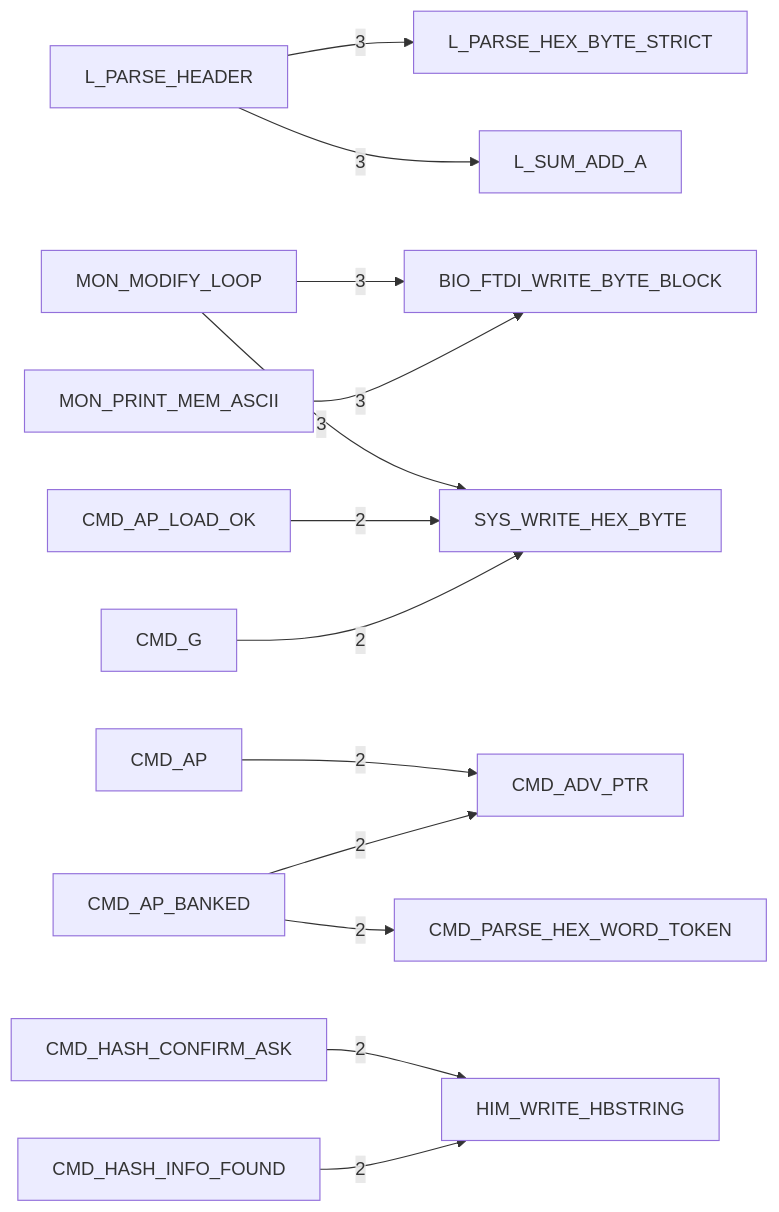
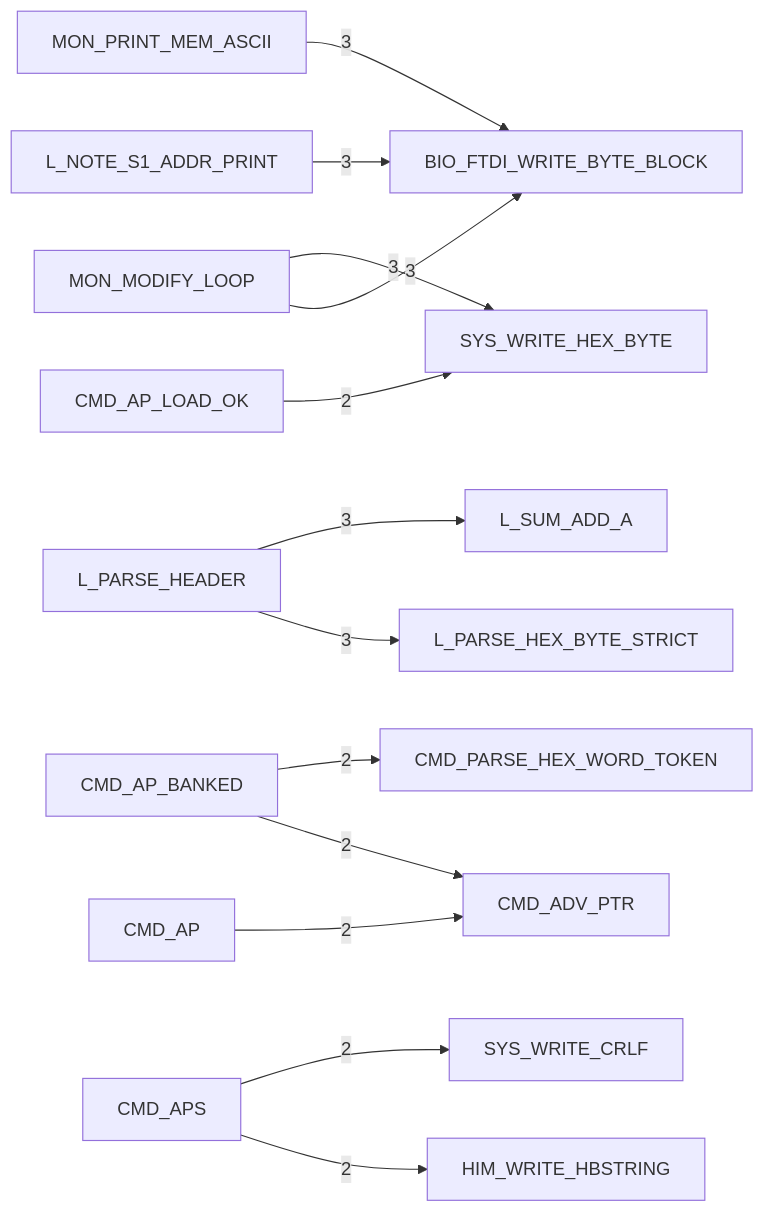
One commit to 95westus/R-YORS changed the third of 6 diagrams in DOC/GENERATED/HIMON_COMMAND_MAP.md. Above: the diagram before and after it, drawn with Mermaid. The commit also changed other lines of this file and 25 other files, not shown here.

````diff
--- a/DOC/GENERATED/HIMON_COMMAND_MAP.md
+++ b/DOC/GENERATED/HIMON_COMMAND_MAP.md
@@ -42,15 +42,15 @@
 ```mermaid
 flowchart LR
+    N_L_NOTE_S1_ADDR_PRINT[L_NOTE_S1_ADDR_PRINT] -->|3| N_BIO_FTDI_WRITE_BYTE_BLOCK[BIO_FTDI_WRITE_BYTE_BLOCK]
     N_L_PARSE_HEADER[L_PARSE_HEADER] -->|3| N_L_PARSE_HEX_BYTE_STRICT[L_PARSE_HEX_BYTE_STRICT]
     N_L_PARSE_HEADER[L_PARSE_HEADER] -->|3| N_L_SUM_ADD_A[L_SUM_ADD_A]
     N_MON_MODIFY_LOOP[MON_MODIFY_LOOP] -->|3| N_BIO_FTDI_WRITE_BYTE_BLOCK[BIO_FTDI_WRITE_BYTE_BLOCK]
     N_MON_MODIFY_LOOP[MON_MODIFY_LOOP] -->|3| N_SYS_WRITE_HEX_BYTE[SYS_WRITE_HEX_BYTE]
     N_MON_PRINT_MEM_ASCII[MON_PRINT_MEM_ASCII] -->|3| N_BIO_FTDI_WRITE_BYTE_BLOCK[BIO_FTDI_WRITE_BYTE_BLOCK]
     N_CMD_AP[CMD_AP] -->|2| N_CMD_ADV_PTR[CMD_ADV_PTR]
     N_CMD_AP_BANKED[CMD_AP_BANKED] -->|2| N_CMD_ADV_PTR[CMD_ADV_PTR]
     N_CMD_AP_BANKED[CMD_AP_BANKED] -->|2| N_CMD_PARSE_HEX_WORD_TOKEN[CMD_PARSE_HEX_WORD_TOKEN]
     N_CMD_AP_LOAD_OK[CMD_AP_LOAD_OK] -->|2| N_SYS_WRITE_HEX_BYTE[SYS_WRITE_HEX_BYTE]
-    N_CMD_G[CMD_G] -->|2| N_SYS_WRITE_HEX_BYTE[SYS_WRITE_HEX_BYTE]
-    N_CMD_HASH_CONFIRM_ASK[CMD_HASH_CONFIRM_ASK] -->|2| N_HIM_WRITE_HBSTRING[HIM_WRITE_HBSTRING]
-    N_CMD_HASH_INFO_FOUND[CMD_HASH_INFO_FOUND] -->|2| N_HIM_WRITE_HBSTRING[HIM_WRITE_HBSTRING]
+    N_CMD_APS[CMD_APS] -->|2| N_HIM_WRITE_HBSTRING[HIM_WRITE_HBSTRING]
+    N_CMD_APS[CMD_APS] -->|2| N_SYS_WRITE_CRLF[SYS_WRITE_CRLF]
 ```
````
